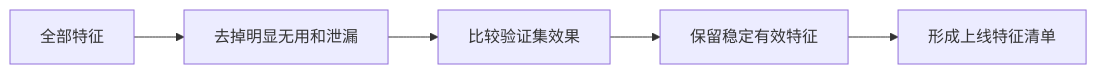
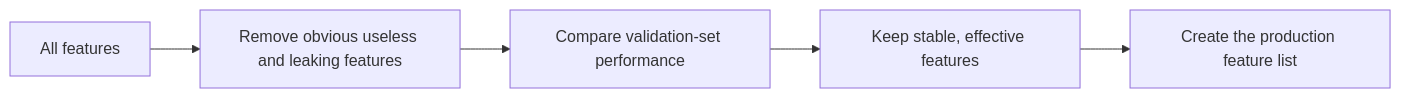
The diagram in docs/ch05-machine-learning/ch05-feature-engineering/04-feature-selection.md (oudbiao/AI-fullstack-course), drawn with Mermaid before and after one commit. The commit also changed other lines of this file and 1406 other files, not shown here.

````diff
--- a/docs/ch05-machine-learning/ch05-feature-engineering/04-feature-selection.md
+++ b/docs/ch05-machine-learning/ch05-feature-engineering/04-feature-selection.md
@@ -29,7 +29,7 @@
 ```mermaid
 flowchart LR
-  A[全部特征] --> B[去掉明显无用和泄漏]
-  B --> C[比较验证集效果]
-  C --> D[保留稳定有效特征]
-  D --> E[形成上线特征清单]
+  A[All features] --> B[Remove obvious useless and leaking features]
+  B --> C[Compare validation-set performance]
+  C --> D[Keep stable, effective features]
+  D --> E[Create the production feature list]
 ```
````
